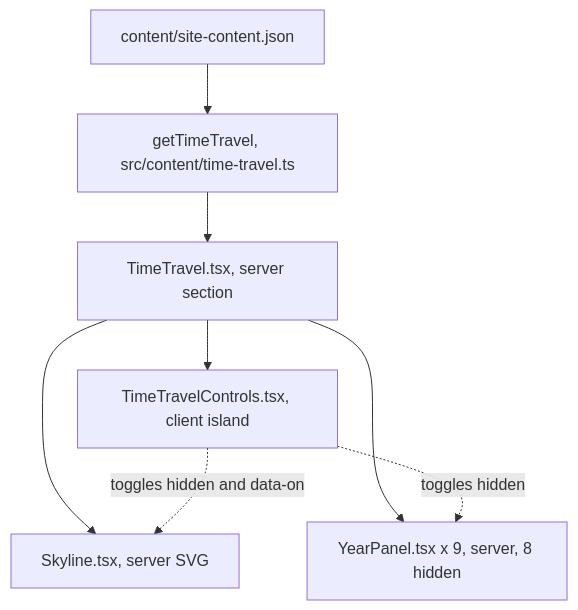
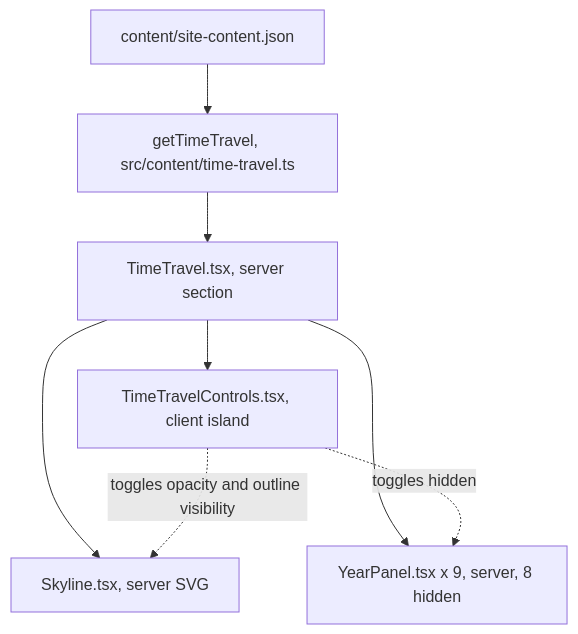
One commit to ShinyQ/ShinyQ-HQ changed the diagram in docs/superpowers/specs/2026-10-25-time-travel-slider-design.md. Above: the diagram before and after it, drawn with Mermaid. The commit also changed other lines of this file and 3 other files, not shown here.

````diff
--- a/docs/superpowers/specs/2026-10-25-time-travel-slider-design.md
+++ b/docs/superpowers/specs/2026-10-25-time-travel-slider-design.md
@@ -103,10 +104,10 @@
 ```mermaid
 flowchart TD
   data[content/site-content.json] --> sel[getTimeTravel, src/content/time-travel.ts]
   sel --> tt[TimeTravel.tsx, server section]
   tt --> sky[Skyline.tsx, server SVG]
   tt --> panels[YearPanel.tsx x 9, server, 8 hidden]
   tt --> island[TimeTravelControls.tsx, client island]
-  island -. toggles hidden and data-on .-> sky
+  island -. toggles opacity and outline visibility .-> sky
   island -. toggles hidden .-> panels
 ```
````
